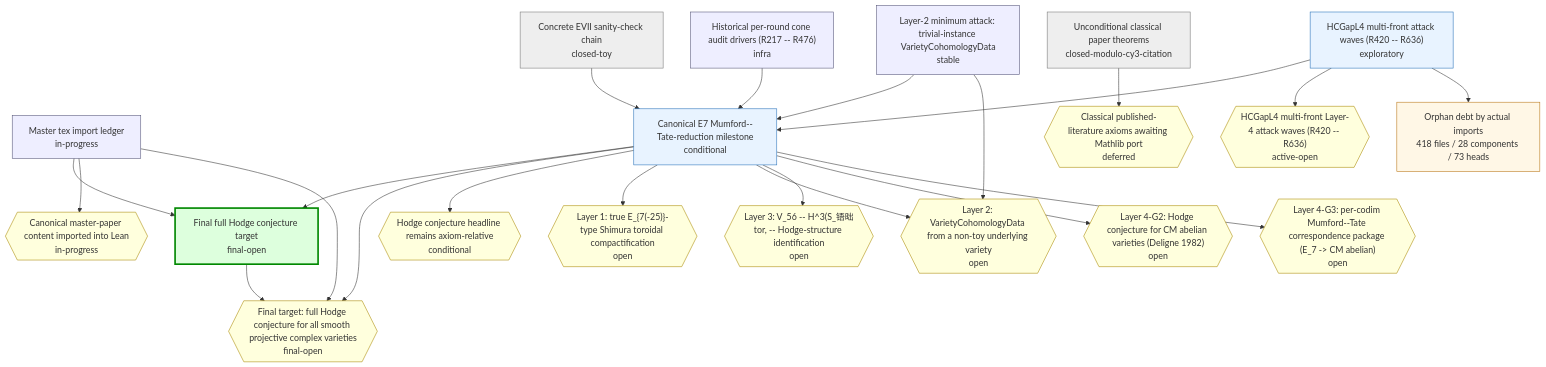
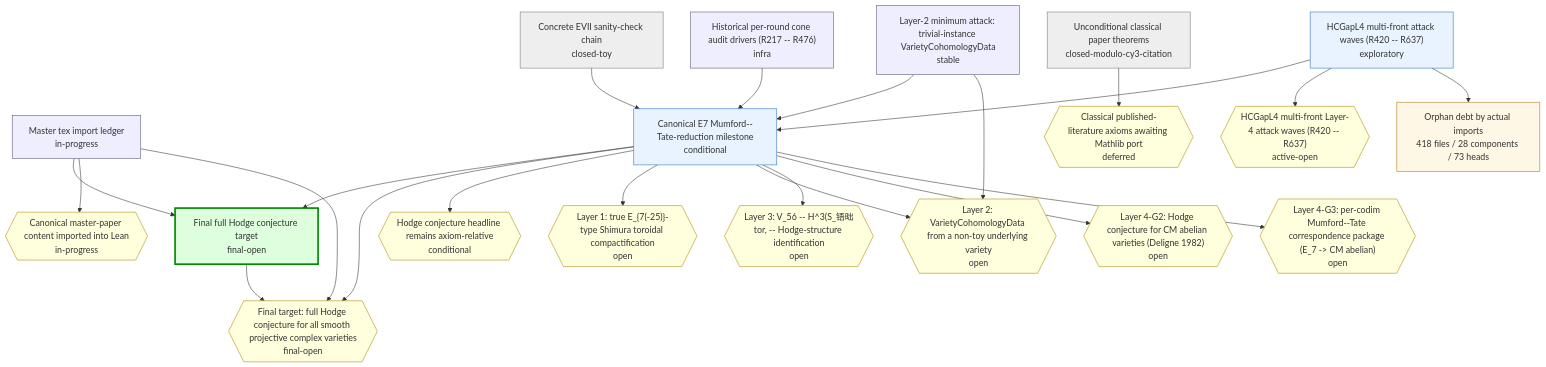
Before and after one commit to crabsatellite/hodge-conjecture-lean4-formalization: the first of 2 diagrams in chain-status/research-map.md, drawn with Mermaid. The commit also changed other lines of this file and 7 other files, not shown here.

````diff
--- a/chain-status/research-map.md
+++ b/chain-status/research-map.md
@@ -46,54 +46,54 @@
 ```mermaid
 graph TD
   classDef main fill:#dfd,stroke:#080,stroke-width:3px
   classDef active fill:#e8f3ff,stroke:#2670b8
   classDef support fill:#eef,stroke:#557
   classDef closed fill:#eee,stroke:#777
   classDef dead fill:#fdd,stroke:#a00,stroke-width:2px
   classDef gapOpen fill:#ffd,stroke:#a80
   classDef gapClosed fill:#eee,stroke:#777
   classDef gapDead fill:#fdd,stroke:#a00
   classDef debt fill:#fff7e6,stroke:#b87514
   classDef debtTaxonomy fill:#e8f3ff,stroke:#2670b8,stroke-dasharray:3 3
   classDef debtRule fill:#eefbea,stroke:#398439,stroke-dasharray:3 3
   classDef debtDead fill:#fdd,stroke:#a00,stroke-dasharray:3 3
   chain_full_hc_final_target["Final full Hodge conjecture target\nfinal-open"]:::main
   chain_master_paper_import_ledger["Master tex import ledger\nin-progress"]:::support
   chain_main_hc_axiom_relative["Canonical E7 Mumford--Tate-reduction milestone\nconditional"]:::active
   chain_unconditional_classical["Unconditional classical paper theorems\nclosed-modulo-cy3-citation"]:::closed
   chain_hcgap_l2_trivial_instances["Layer-2 minimum attack: trivial-instance VarietyCohomologyData\nstable"]:::support
-  chain_hcgap_l4_multifront_active["HCGapL4 multi-front attack waves (R420 -- R636)\nexploratory"]:::active
+  chain_hcgap_l4_multifront_active["HCGapL4 multi-front attack waves (R420 -- R637)\nexploratory"]:::active
   chain_concrete_evii_toy["Concrete EVII sanity-check chain\nclosed-toy"]:::closed
   chain_historical_cone_audits["Historical per-round cone audit drivers (R217 -- R476)\ninfra"]:::support
   gap_G_full_hc{{"Final target: full Hodge conjecture for all smooth projective complex varieties\nfinal-open"}}:::gapOpen
   gap_G_master_paper_import{{"Canonical master-paper content imported into Lean\nin-progress"}}:::gapOpen
   gap_G_main_hc{{"Hodge conjecture headline remains axiom-relative\nconditional"}}:::gapOpen
   gap_G_l1_e7_shimura_tor{{"Layer 1: true E_{7(-25)}-type Shimura toroidal compactification\nopen"}}:::gapOpen
   gap_G_l2_cohomology_construction{{"Layer 2: VarietyCohomologyData from a non-toy underlying variety\nopen"}}:::gapOpen
   gap_G_l3_v56_mt_identification{{"Layer 3: V_56 -- H^3(S_铻昢tor, -- Hodge-structure identification\nopen"}}:::gapOpen
   gap_G_l4_cm_abelian_hc{{"Layer 4-G2: Hodge conjecture for CM abelian varieties (Deligne 1982)\nopen"}}:::gapOpen
   gap_G_l4_mt_correspondence{{"Layer 4-G3: per-codim Mumford--Tate correspondence package (E_7 -> CM abelian)\nopen"}}:::gapOpen
   gap_G_classical_mathlib_port{{"Classical published-literature axioms awaiting Mathlib port\ndeferred"}}:::gapOpen
-  gap_G_hcgap_l4_multifront{{"HCGapL4 multi-front Layer-4 attack waves (R420 -- R636)\nactive-open"}}:::gapOpen
+  gap_G_hcgap_l4_multifront{{"HCGapL4 multi-front Layer-4 attack waves (R420 -- R637)\nactive-open"}}:::gapOpen
   chain_full_hc_final_target --> gap_G_full_hc
   chain_master_paper_import_ledger --> chain_full_hc_final_target
   chain_master_paper_import_ledger --> gap_G_master_paper_import
   chain_master_paper_import_ledger --> gap_G_full_hc
   chain_main_hc_axiom_relative --> chain_full_hc_final_target
   chain_main_hc_axiom_relative --> gap_G_full_hc
   chain_main_hc_axiom_relative --> gap_G_main_hc
   chain_main_hc_axiom_relative --> gap_G_l1_e7_shimura_tor
   chain_main_hc_axiom_relative --> gap_G_l2_cohomology_construction
   chain_main_hc_axiom_relative --> gap_G_l3_v56_mt_identification
   chain_main_hc_axiom_relative --> gap_G_l4_cm_abelian_hc
   chain_main_hc_axiom_relative --> gap_G_l4_mt_correspondence
   chain_unconditional_classical --> gap_G_classical_mathlib_port
   chain_hcgap_l2_trivial_instances --> chain_main_hc_axiom_relative
   chain_hcgap_l2_trivial_instances --> gap_G_l2_cohomology_construction
   chain_hcgap_l4_multifront_active --> chain_main_hc_axiom_relative
   chain_hcgap_l4_multifront_active --> gap_G_hcgap_l4_multifront
   chain_concrete_evii_toy --> chain_main_hc_axiom_relative
   chain_historical_cone_audits --> chain_main_hc_axiom_relative
   debt_all["Orphan debt by actual imports\n418 files / 28 components / 73 heads"]:::debt
   chain_hcgap_l4_multifront_active --> debt_all
 ```
````
